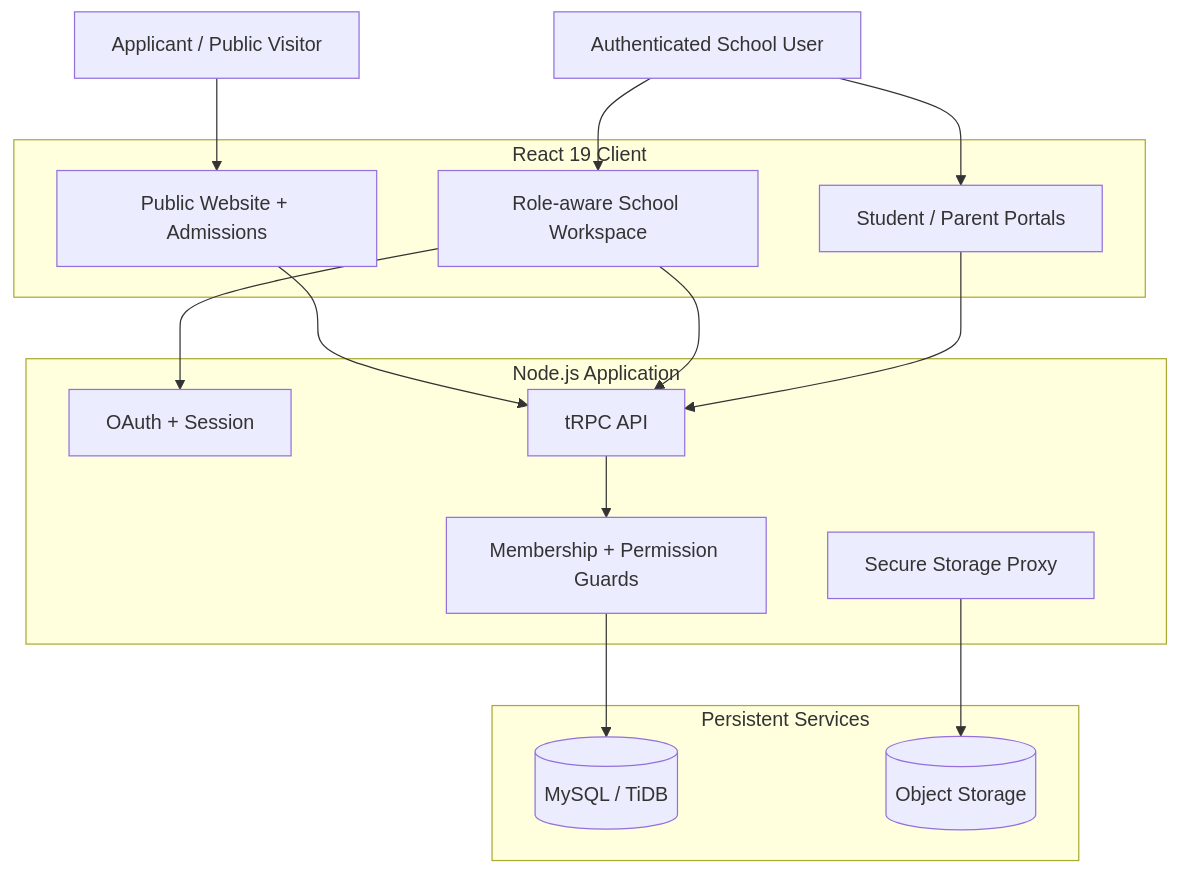
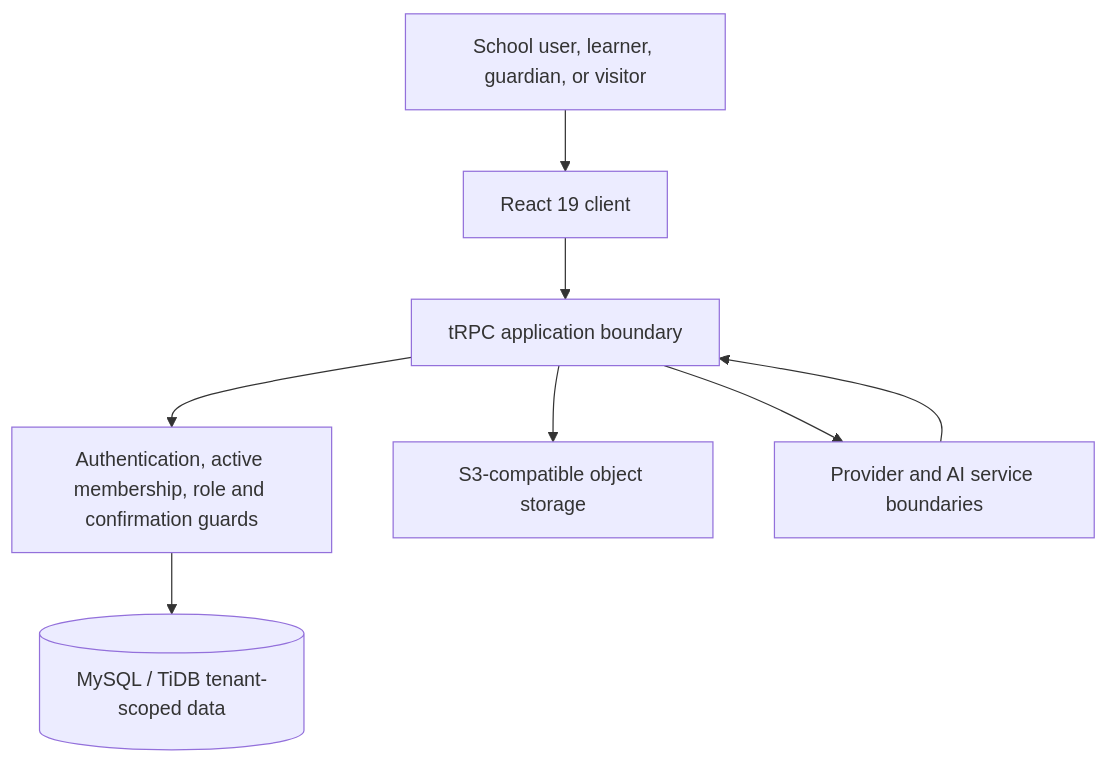
Before and after one commit to Olori24/nsos-nigerian-school-operating-system-nigerian-school-operating-system: the second of 2 diagrams in README.md, drawn with Mermaid. The commit also changed other lines of this file and 2 other files, not shown here.

````diff
--- a/README.md
+++ b/README.md
@@ -91,34 +121,10 @@
 ```mermaid
 flowchart TB
-    Visitor[Applicant / Public Visitor]
-    User[Authenticated School User]
-
-    subgraph Client[React 19 Client]
-        Public[Public Website + Admissions]
-        Workspace[Role-aware School Workspace]
-        Portal[Student / Parent Portals]
-    end
-
-    subgraph App[Node.js Application]
-        OAuth[OAuth + Session]
-        API[tRPC API]
-        Guard[Membership + Permission Guards]
-        Storage[Secure Storage Proxy]
-    end
-
-    subgraph Data[Persistent Services]
-        DB[(MySQL / TiDB)]
-        S3[(Object Storage)]
-    end
-
-    Visitor --> Public
-    User --> Workspace
-    User --> Portal
-    Public --> API
-    Workspace --> OAuth
-    Workspace --> API
-    Portal --> API
-    API --> Guard
-    Guard --> DB
-    Storage --> S3
+  U[School user, learner, guardian, or visitor] --> C[React 19 client]
+  C --> A[tRPC application boundary]
+  A --> G[Authentication, active membership, role and confirmation guards]
+  G --> D[(MySQL / TiDB tenant-scoped data)]
+  A --> S[S3-compatible object storage]
+  A --> P[Provider and AI service boundaries]
+  P --> A
 ```
````
